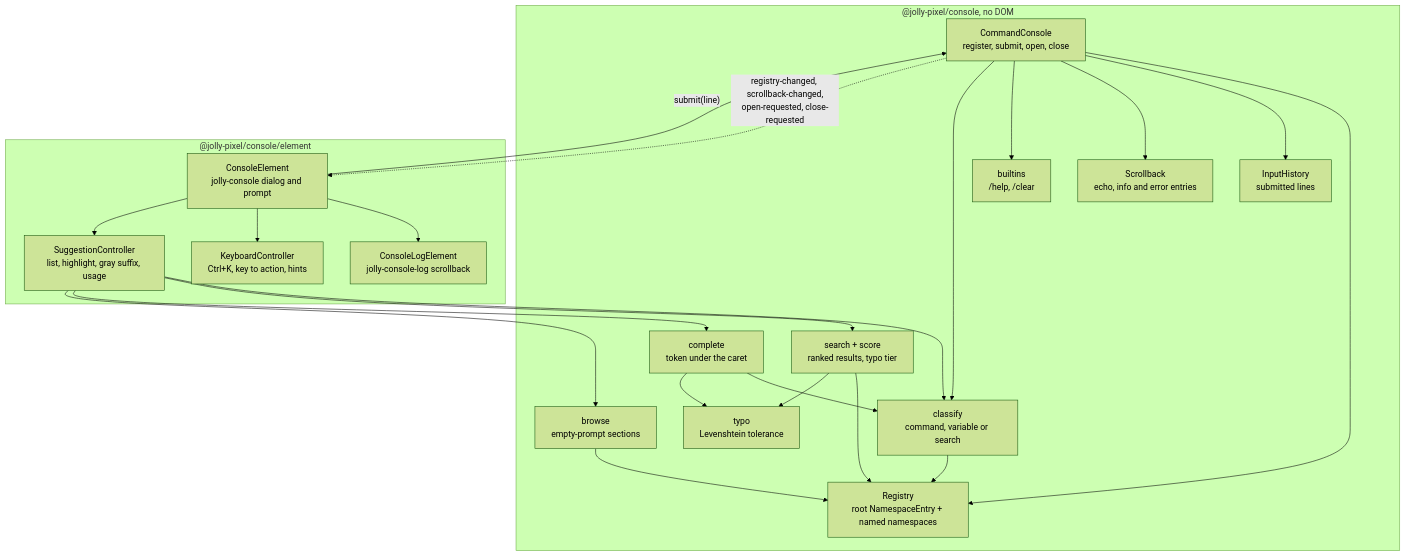
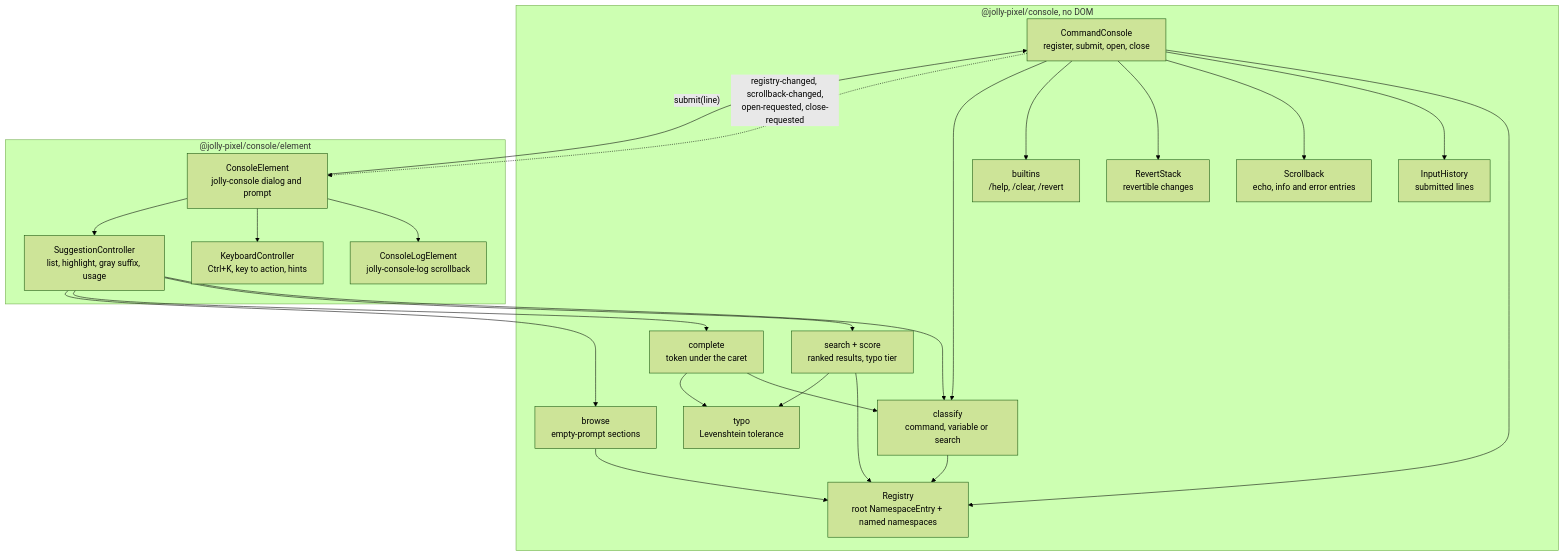
The first of 6 diagrams in packages/console/ARCHITECTURE.md (JollyPixel/editor), drawn with Mermaid (forest theme) before and after one commit. The commit also changed other lines of this file and 20 other files, not shown here.

Commit message:
feat(console): implement /revert native command

````diff
--- a/packages/console/ARCHITECTURE.md
+++ b/packages/console/ARCHITECTURE.md
@@ -12,31 +12,32 @@
 ```mermaid
 flowchart TB
     subgraph Root["@jolly-pixel/console, no DOM"]
         Console["CommandConsole<br/>register, submit, open, close"]
         Console --> Registry["Registry<br/>root NamespaceEntry + named namespaces"]
         Console --> History["InputHistory<br/>submitted lines"]
         Console --> Scrollback["Scrollback<br/>echo, info and error entries"]
-        Console --> Builtins["builtins<br/>/help, /clear"]
+        Console --> Reverts["RevertStack<br/>revertible changes"]
+        Console --> Builtins["builtins<br/>/help, /clear, /revert"]
         Console --> Classify["classify<br/>command, variable or search"]
         Classify --> Registry
         Search["search + score<br/>ranked results, typo tier"] --> Registry
         Search --> Typo["typo<br/>Levenshtein tolerance"]
         Browse["browse<br/>empty-prompt sections"] --> Registry
         Complete["complete<br/>token under the caret"] --> Classify
         Complete --> Typo
     end
 
     subgraph Element["@jolly-pixel/console/element"]
         Dialog["ConsoleElement<br/>jolly-console dialog and prompt"]
         Dialog --> Log["ConsoleLogElement<br/>jolly-console-log scrollback"]
         Dialog --> Keyboard["KeyboardController<br/>Ctrl+K, key to action, hints"]
         Dialog --> Suggestions["SuggestionController<br/>list, highlight, gray suffix, usage"]
     end
 
     Suggestions --> Classify
     Suggestions --> Search
     Suggestions --> Complete
     Suggestions --> Browse
     Dialog -->|"submit(line)"| Console
     Console -. "registry-changed, scrollback-changed,<br/>open-requested, close-requested" .-> Dialog
 ```
````
